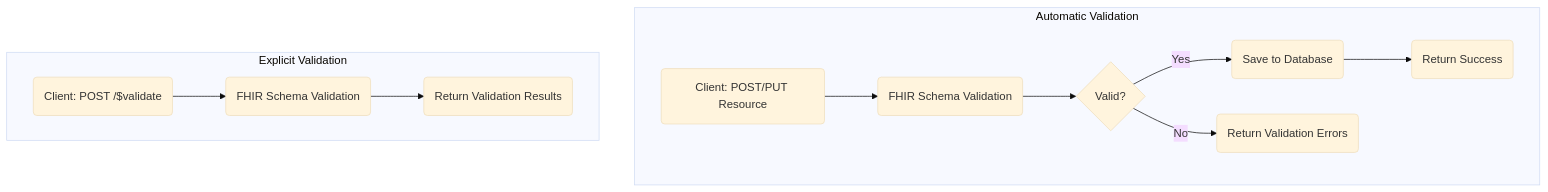
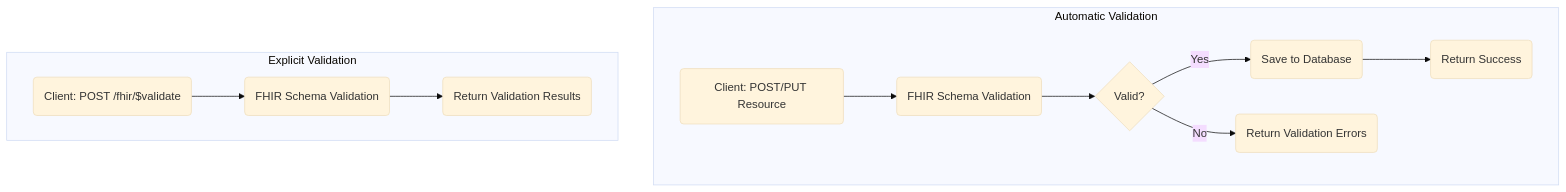
Before and after one commit to HealthSamurai/aidbox-docs: the first of 8 diagrams in docs/api/api-overview.md, drawn with Mermaid (base theme). The commit also changed other lines of this file and 104 other files, not shown here.

````diff
--- a/docs/api/api-overview.md
+++ b/docs/api/api-overview.md
@@ -42,29 +42,29 @@
 ```mermaid
 flowchart TD
     subgraph "Automatic Validation"
         A1(Client: POST/PUT Resource)
         A2(FHIR Schema Validation)
         A3{Valid?}
         A4(Save to Database)
         A5(Return Success)
         A6(Return Validation Errors)
         
         A1 --> A2 --> A3
         A3 -->|Yes| A4 --> A5
         A3 -->|No| A6
     end
     
     subgraph "Explicit Validation"
-        B1(Client: POST /$validate)
+        B1(Client: POST /fhir/$validate)
         B2(FHIR Schema Validation)
         B3(Return Validation Results)
         
         B1 --> B2 --> B3
     end
     
     class A1,B1 neutral2
     class A2,B2 yellow2
     class A4,A5 green2
     class A6 red2
     class B3 blue2
 ```
````
